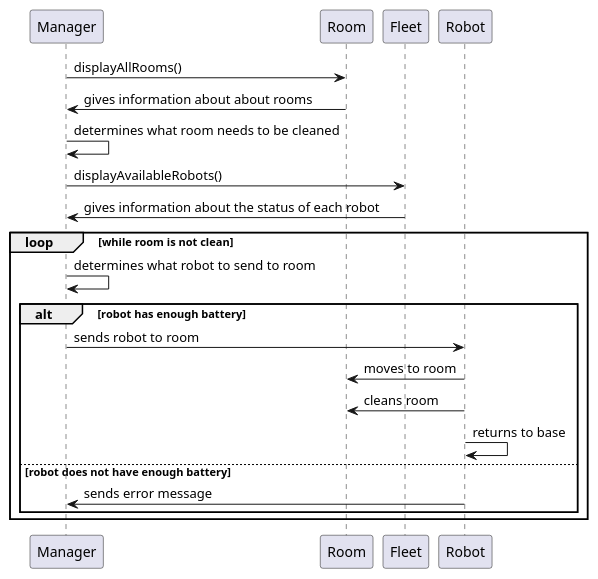
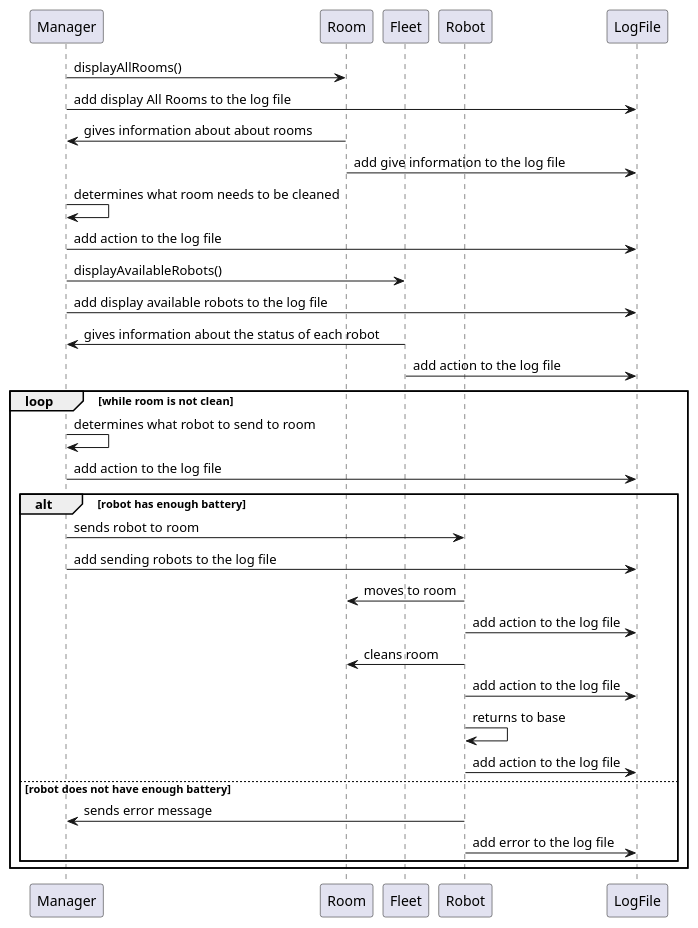
One commit to ur-cs-courses/course-project-catch-up changed the diagram in docs/design/sequencediagram/sequencediagram2.puml. Above: the diagram before and after it, drawn with PlantUML. The commit also changed 6 other files, not shown here.

```diff
--- a/docs/design/sequencediagram/sequencediagram2.puml
+++ b/docs/design/sequencediagram/sequencediagram2.puml
@@ -1,27 +1,41 @@
 @startuml
 
 participant Manager
 participant Room
 participant Fleet
 participant Robot
+participant LogFile
 
 Manager -> Room : displayAllRooms()
+Manager -> LogFile : add display All Rooms to the log file
+
 Room -> Manager : gives information about about rooms
+Room -> LogFile : add give information to the log file
 Manager -> Manager : determines what room needs to be cleaned
+Manager -> LogFile : add action to the log file
 Manager -> Fleet : displayAvailableRobots()
+Manager -> LogFile : add display available robots to the log file
 Fleet -> Manager : gives information about the status of each robot
+Fleet -> LogFile : add action to the log file
 loop while room is not clean
 Manager -> Manager : determines what robot to send to room
+Manager -> LogFile : add action to the log file
 alt robot has enough battery
 Manager -> Robot : sends robot to room
+Manager -> LogFile : add sending robots to the log file
 Robot -> Room: moves to room
+Robot -> LogFile : add action to the log file
 Robot -> Room: cleans room
+Robot -> LogFile : add action to the log file
 Robot -> Robot: returns to base
+Robot -> LogFile : add action to the log file
 else robot does not have enough battery
 Robot -> Manager : sends error message
+Robot -> LogFile : add error to the log file
+
 end
 end
 
 
 
 @enduml
```
